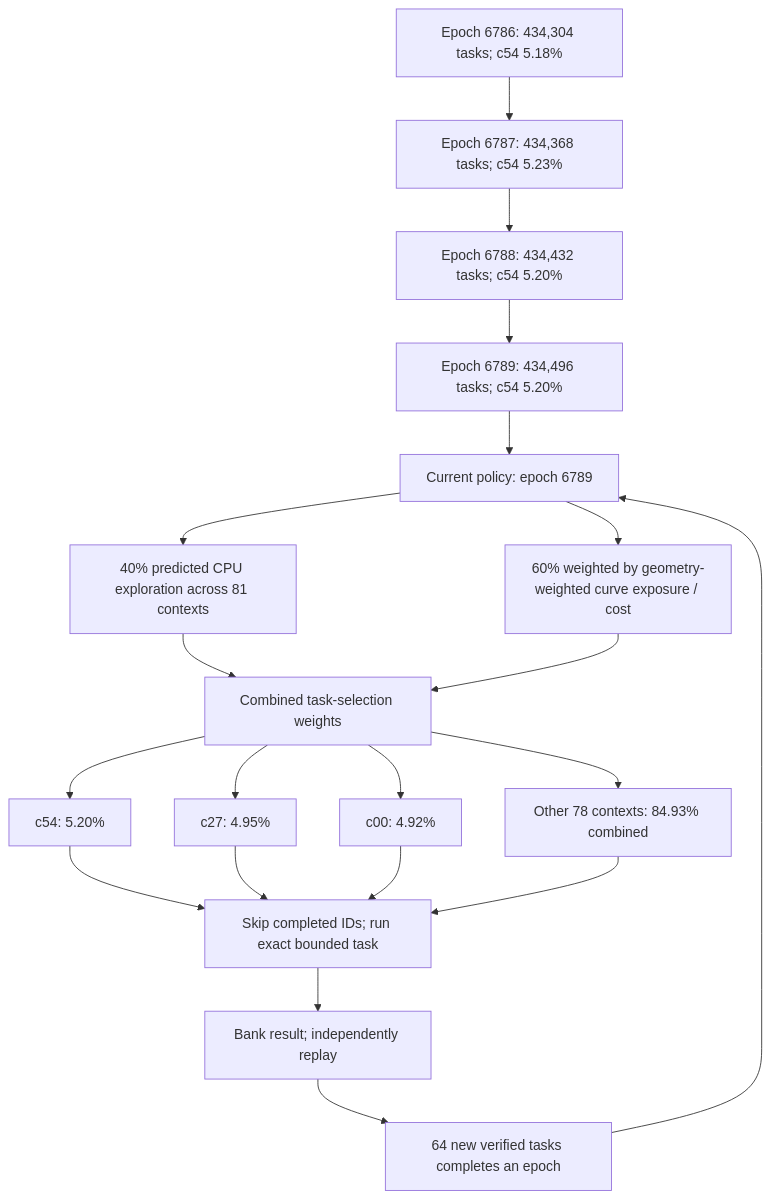
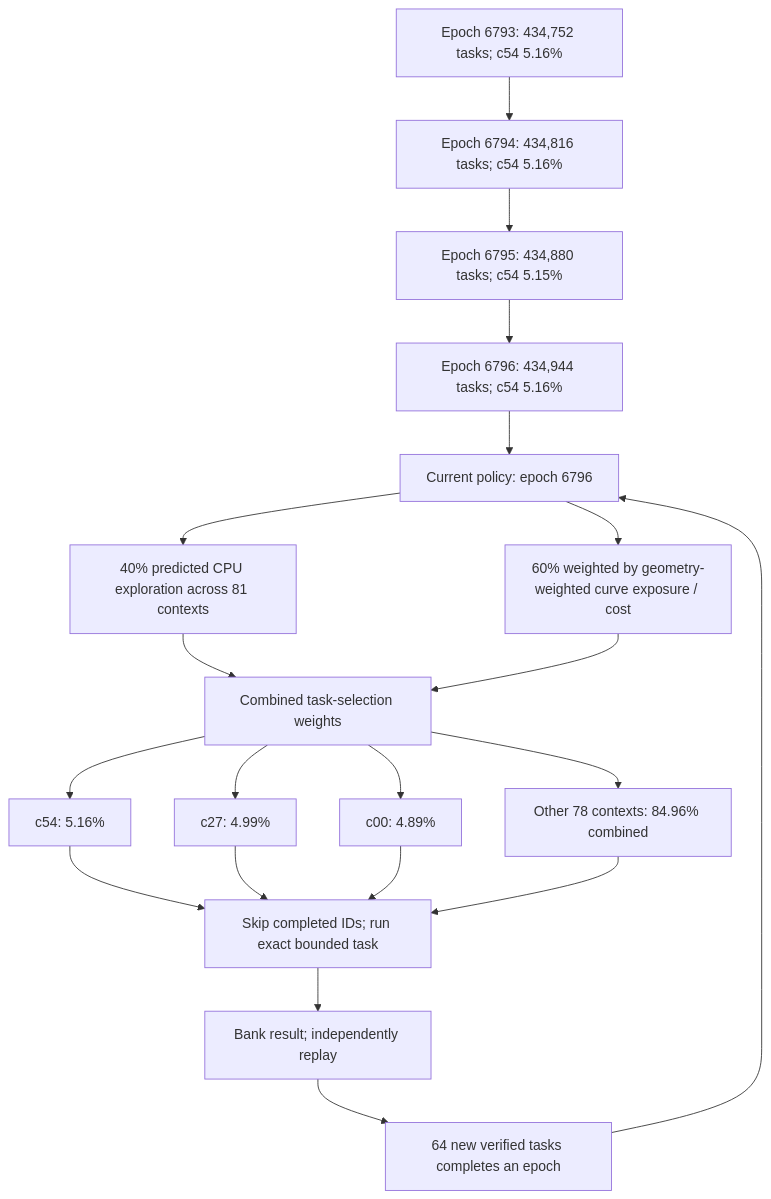
The first of 4 diagrams in README.md (Kuberwastaken/math-gambling), drawn with Mermaid before and after one commit. The commit also changed other lines of this file and 1480 other files, not shown here.

````diff
--- a/README.md
+++ b/README.md
@@ -60,27 +60,27 @@
 ```mermaid
 flowchart TD
-    H0["Epoch 6786: 434,304 tasks; c54 5.18%"]
-    H1["Epoch 6787: 434,368 tasks; c54 5.23%"]
+    H0["Epoch 6793: 434,752 tasks; c54 5.16%"]
+    H1["Epoch 6794: 434,816 tasks; c54 5.16%"]
     H0 --> H1
-    H2["Epoch 6788: 434,432 tasks; c54 5.20%"]
+    H2["Epoch 6795: 434,880 tasks; c54 5.15%"]
     H1 --> H2
-    H3["Epoch 6789: 434,496 tasks; c54 5.20%"]
+    H3["Epoch 6796: 434,944 tasks; c54 5.16%"]
     H2 --> H3
-    Policy["Current policy: epoch 6789"]
+    Policy["Current policy: epoch 6796"]
     H3 --> Policy
     Policy --> Explore["40% predicted CPU exploration across 81 contexts"]
     Policy --> Cost["60% weighted by geometry-weighted curve exposure / cost"]
     Explore --> Mix["Combined task-selection weights"]
     Cost --> Mix
-    Mix --> C0["c54: 5.20%"]
-    Mix --> C1["c27: 4.95%"]
-    Mix --> C2["c00: 4.92%"]
-    Mix --> Rest["Other 78 contexts: 84.93% combined"]
+    Mix --> C0["c54: 5.16%"]
+    Mix --> C1["c27: 4.99%"]
+    Mix --> C2["c00: 4.89%"]
+    Mix --> Rest["Other 78 contexts: 84.96% combined"]
     C0 --> Check["Skip completed IDs; run exact bounded task"]
     C1 --> Check
     C2 --> Check
     Rest --> Check
     Check --> Replay["Bank result; independently replay"]
     Replay --> Gate["64 new verified tasks completes an epoch"]
     Gate --> Policy
 ```
````
